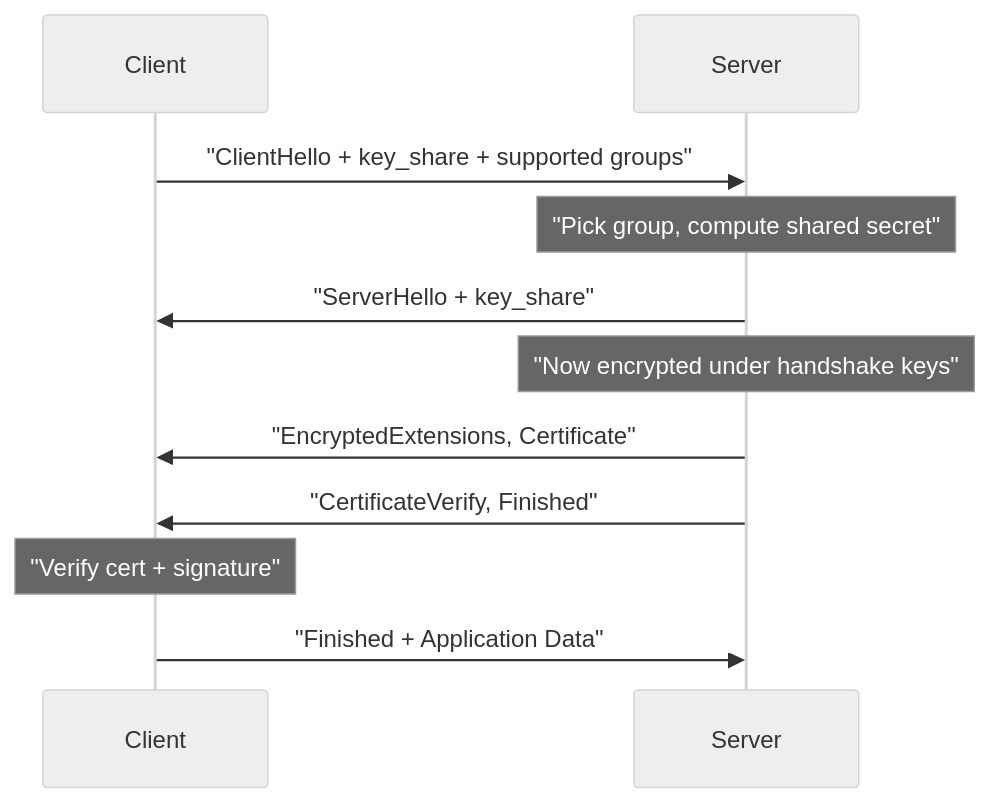
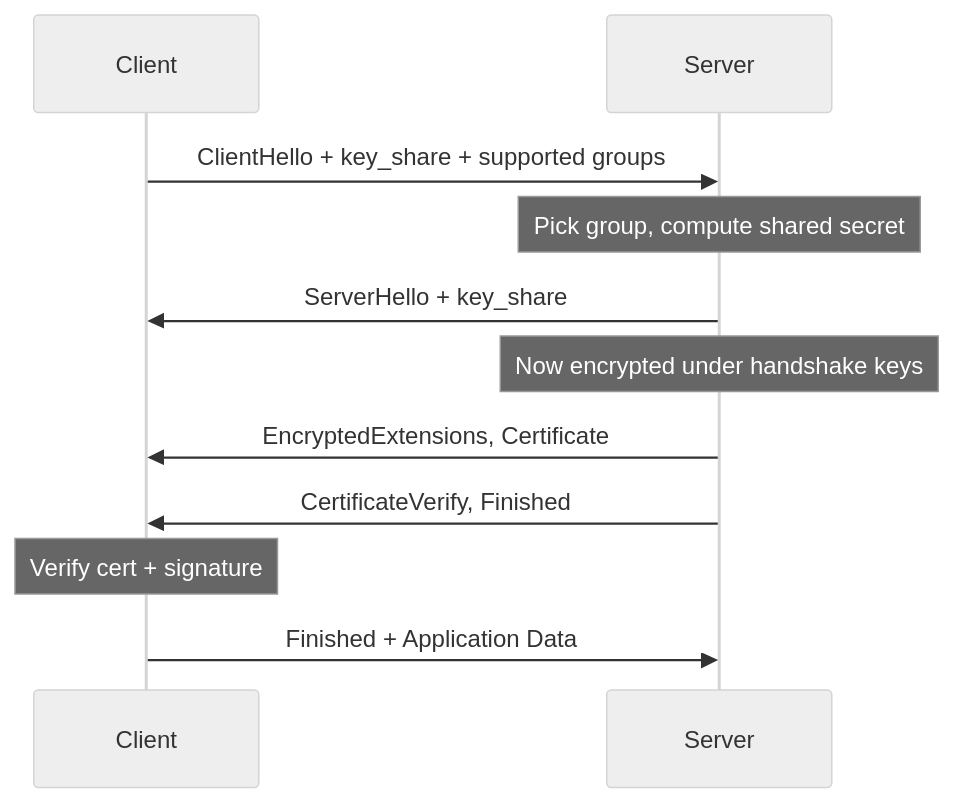
One commit to vabs/vabs.github.io changed the first of 2 diagrams in content/post/tls-1-3-handshake-internals.md. Above: the diagram before and after it, drawn with Mermaid (neutral theme). The commit also changed other lines of this file and 87 other files, not shown here.

First line of the commit message:
Fix: Readable mermaid diagrams and fact-check blog posts

```diff
--- a/content/post/tls-1-3-handshake-internals.md
+++ b/content/post/tls-1-3-handshake-internals.md
@@ -19,13 +19,13 @@
 {{< mermaid >}}
 sequenceDiagram
     participant C as Client
     participant S as Server
-    C->>S: "ClientHello + key_share + supported groups"
-    Note over S: "Pick group, compute shared secret"
-    S->>C: "ServerHello + key_share"
-    Note over S: "Now encrypted under handshake keys"
-    S->>C: "EncryptedExtensions, Certificate"
-    S->>C: "CertificateVerify, Finished"
-    Note over C: "Verify cert + signature"
-    C->>S: "Finished + Application Data"
+    C->>S: ClientHello + key_share + supported groups
+    Note over S: Pick group, compute shared secret
+    S->>C: ServerHello + key_share
+    Note over S: Now encrypted under handshake keys
+    S->>C: EncryptedExtensions, Certificate
+    S->>C: CertificateVerify, Finished
+    Note over C: Verify cert + signature
+    C->>S: Finished + Application Data
 {{< /mermaid >}}
```
